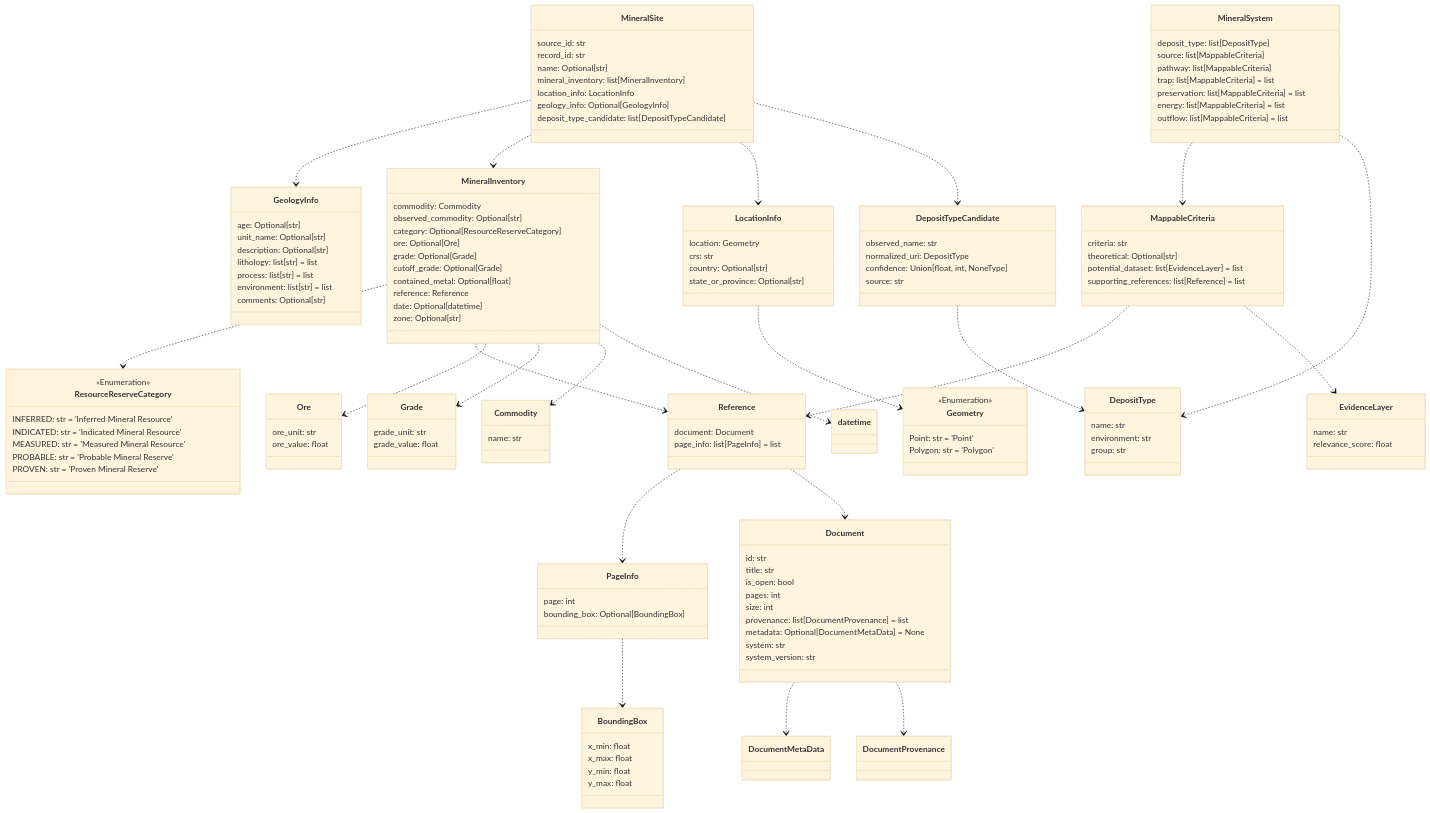
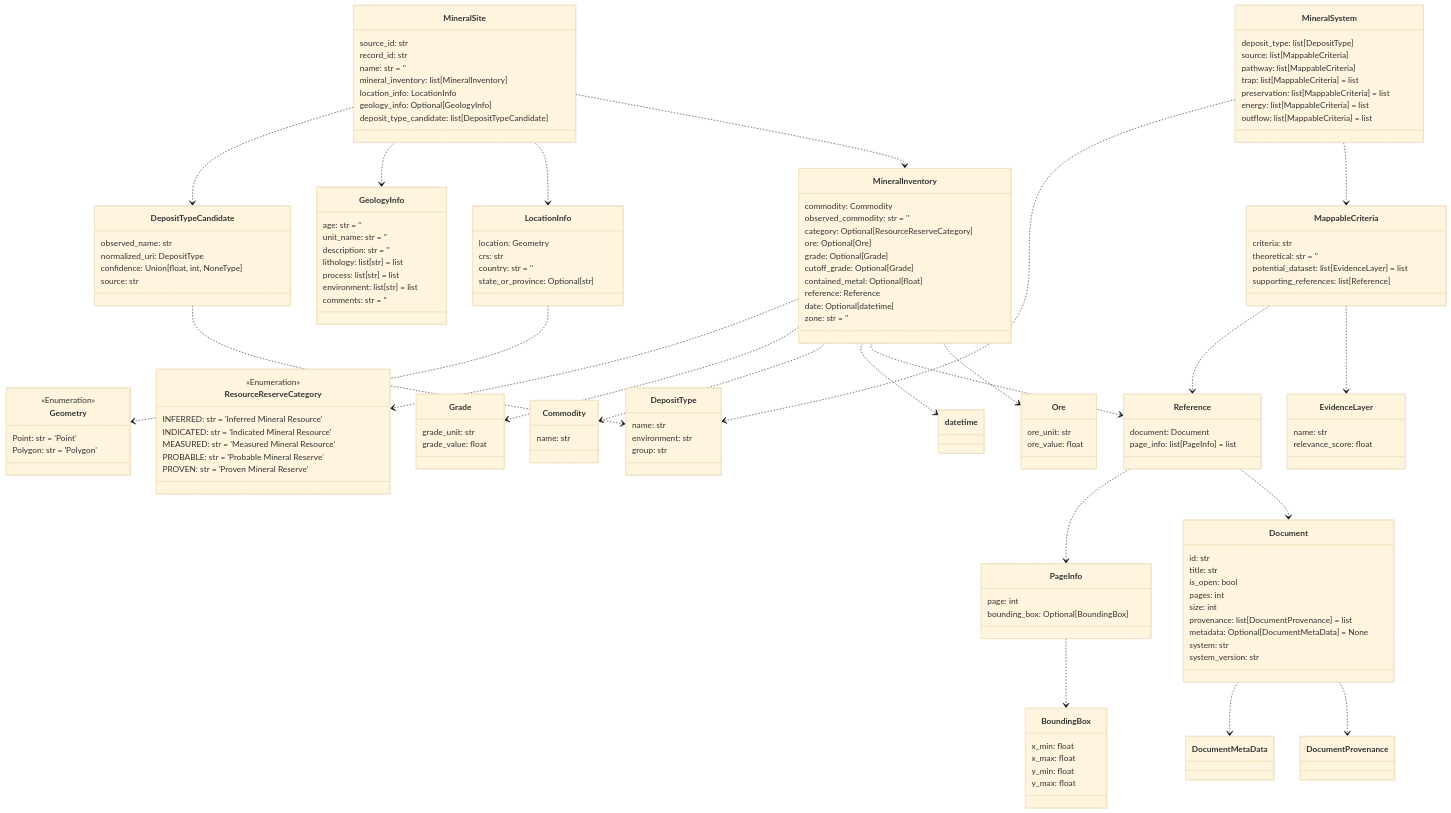
Before and after one commit to DARPA-CRITICALMAAS/cdr_schemas: the tenth of 12 diagrams in README.md, drawn with Mermaid (base theme). The commit also changed other lines of this file and 7 other files, not shown here.

````diff
--- a/README.md
+++ b/README.md
@@ -737,18 +738,24 @@
 ```mermaid
 classDiagram
 
-    class MappableCriteria {
-        criteria: str
-        theoretical: Optional[str]
-        potential_dataset: list[EvidenceLayer] = list
-        supporting_references: list[Reference] = list
+    class DepositTypeCandidate {
+        observed_name: str
+        normalized_uri: DepositType
+        confidence: Union[float, int, NoneType]
+        source: str
     }
 
-    class LocationInfo {
-        location: Geometry
-        crs: str
-        country: Optional[str]
-        state_or_province: Optional[str]
+    class MineralInventory {
+        commodity: Commodity
+        observed_commodity: str = ''
+        category: Optional[ResourceReserveCategory]
+        ore: Optional[Ore]
+        grade: Optional[Grade]
+        cutoff_grade: Optional[Grade]
+        contained_metal: Optional[float]
+        reference: Reference
+        date: Optional[datetime]
+        zone: str = ''
     }
 
     class Geometry {
@@ -757,34 +764,49 @@
         Polygon: str = 'Polygon'
     }
 
-    class EvidenceLayer {
-        name: str
-        relevance_score: float
+    class GeologyInfo {
+        age: str = ''
+        unit_name: str = ''
+        description: str = ''
+        lithology: list[str] = list
+        process: list[str] = list
+        environment: list[str] = list
+        comments: str = ''
     }
 
-    class BoundingBox {
-        x_min: float
-        x_max: float
-        y_min: float
-        y_max: float
+    class Reference {
+        document: Document
+        page_info: list[PageInfo] = list
     }
 
-    class PageInfo {
-        page: int
-        bounding_box: Optional[BoundingBox]
+    class LocationInfo {
+        location: Geometry
+        crs: str
+        country: str = ''
+        state_or_province: Optional[str]
     }
 
-    class MineralInventory {
-        commodity: Commodity
-        observed_commodity: Optional[str]
-        category: Optional[ResourceReserveCategory]
-        ore: Optional[Ore]
-        grade: Optional[Grade]
-        cutoff_grade: Optional[Grade]
-        contained_metal: Optional[float]
-        reference: Reference
-        date: Optional[datetime]
-        zone: Optional[str]
+    class MineralSite {
+        source_id: str
+        record_id: str
+        name: str = ''
+        mineral_inventory: list[MineralInventory]
+        location_info: LocationInfo
+        geology_info: Optional[GeologyInfo]
+        deposit_type_candidate: list[DepositTypeCandidate]
+    }
+
+    class Commodity {
+        name: str
+    }
+
+    class ResourceReserveCategory {
+        <<Enumeration>>
+        INFERRED: str = 'Inferred Mineral Resource'
+        INDICATED: str = 'Indicated Mineral Resource'
+        MEASURED: str = 'Measured Mineral Resource'
+        PROBABLE: str = 'Probable Mineral Reserve'
+        PROVEN: str = 'Proven Mineral Reserve'
     }
 
     class Document {
@@ -799,37 +821,34 @@
         system_version: str
     }
 
-    class Ore {
-        ore_unit: str
-        ore_value: float
+    class DepositType {
+        name: str
+        environment: str
+        group: str
     }
 
-    class Commodity {
-        name: str
+    class MappableCriteria {
+        criteria: str
+        theoretical: str = ''
+        potential_dataset: list[EvidenceLayer] = list
+        supporting_references: list[Reference]
     }
 
-    class MineralSite {
-        source_id: str
-        record_id: str
-        name: Optional[str]
-        mineral_inventory: list[MineralInventory]
-        location_info: LocationInfo
-        geology_info: Optional[GeologyInfo]
-        deposit_type_candidate: list[DepositTypeCandidate]
+    class BoundingBox {
+        x_min: float
+        x_max: float
+        y_min: float
+        y_max: float
     }
 
-    class ResourceReserveCategory {
-        <<Enumeration>>
-        INFERRED: str = 'Inferred Mineral Resource'
-        INDICATED: str = 'Indicated Mineral Resource'
-        MEASURED: str = 'Measured Mineral Resource'
-        PROBABLE: str = 'Probable Mineral Reserve'
-        PROVEN: str = 'Proven Mineral Reserve'
+    class Grade {
+        grade_unit: str
+        grade_value: float
     }
 
-    class Reference {
-        document: Document
-        page_info: list[PageInfo] = list
+    class EvidenceLayer {
+        name: str
+        relevance_score: float
     }
 
     class MineralSystem {
@@ -842,32 +861,14 @@
         outflow: list[MappableCriteria] = list
     }
 
-    class DepositTypeCandidate {
-        observed_name: str
-        normalized_uri: DepositType
-        confidence: Union[float, int, NoneType]
-        source: str
+    class Ore {
+        ore_unit: str
+        ore_value: float
     }
 
-    class DepositType {
-        name: str
-        environment: str
-        group: str
-    }
-
-    class Grade {
-        grade_unit: str
-        grade_value: float
-    }
-
-    class GeologyInfo {
-        age: Optional[str]
-        unit_name: Optional[str]
-        description: Optional[str]
-        lithology: list[str] = list
-        process: list[str] = list
-        environment: list[str] = list
-        comments: Optional[str]
+    class PageInfo {
+        page: int
+        bounding_box: Optional[BoundingBox]
     }
 
     Document ..> DocumentMetaData
@@ -878,19 +879,19 @@
     Reference ..> Document
     MappableCriteria ..> Reference
     MappableCriteria ..> EvidenceLayer
+    MineralSystem ..> DepositType
     MineralSystem ..> MappableCriteria
-    MineralSystem ..> DepositType
     MineralInventory ..> ResourceReserveCategory
-    MineralInventory ..> Reference
-    MineralInventory ..> Ore
     MineralInventory ..> Grade
     MineralInventory ..> Commodity
     MineralInventory ..> datetime
+    MineralInventory ..> Reference
+    MineralInventory ..> Ore
     LocationInfo ..> Geometry
+    MineralSite ..> DepositTypeCandidate
     MineralSite ..> GeologyInfo
+    MineralSite ..> LocationInfo
     MineralSite ..> MineralInventory
-    MineralSite ..> LocationInfo
-    MineralSite ..> DepositTypeCandidate
 
 
 ```
````
